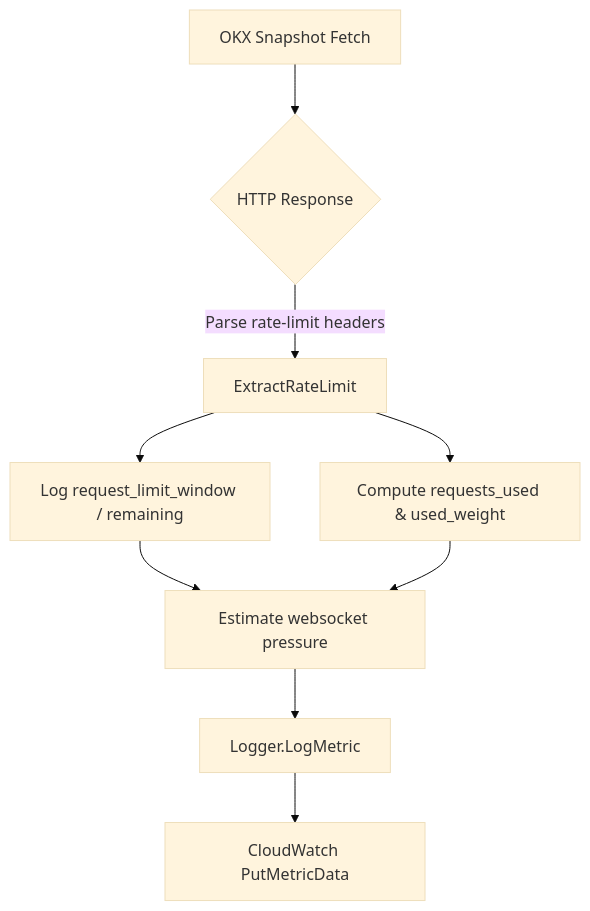
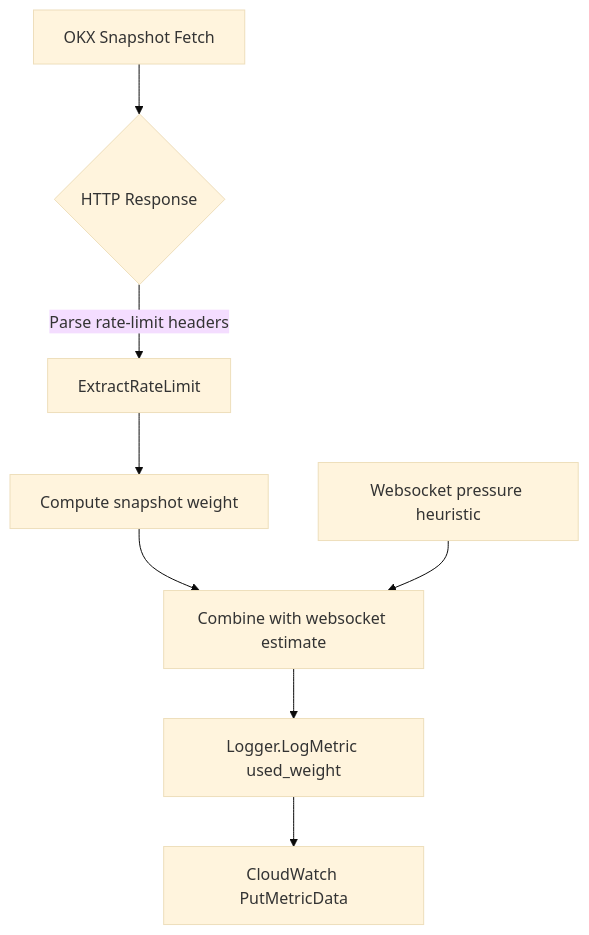
Before and after one commit to rahjooh/CryptoTrade: the diagram in docs/metric/okx/used_weight.md, drawn with Mermaid (base theme). The commit also changed other lines of this file and 2 other files, not shown here.

````diff
--- a/docs/metric/okx/used_weight.md
+++ b/docs/metric/okx/used_weight.md
@@ -44,11 +35,10 @@
 ```mermaid
 flowchart TD
     A[OKX Snapshot Fetch] --> B{HTTP Response}
     B -->|Parse rate-limit headers| C[ExtractRateLimit]
-    C --> D[Log request_limit_window / remaining]
-    C --> E[Compute requests_used & used_weight]
-    D --> F[Estimate websocket pressure]
-    E --> F
-    F --> G[Logger.LogMetric]
+    C --> D[Compute snapshot weight]
+    D --> F[Combine with websocket estimate]
+    E[Websocket pressure heuristic] --> F
+    F --> G[Logger.LogMetric used_weight]
     G --> H[CloudWatch PutMetricData]
 ```
````
